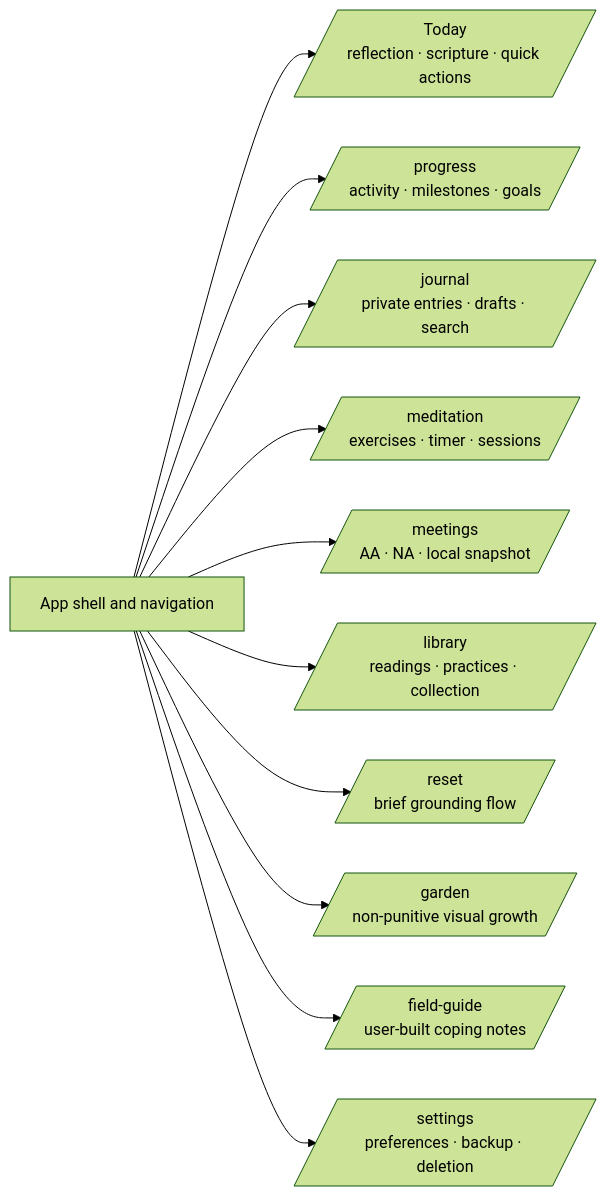
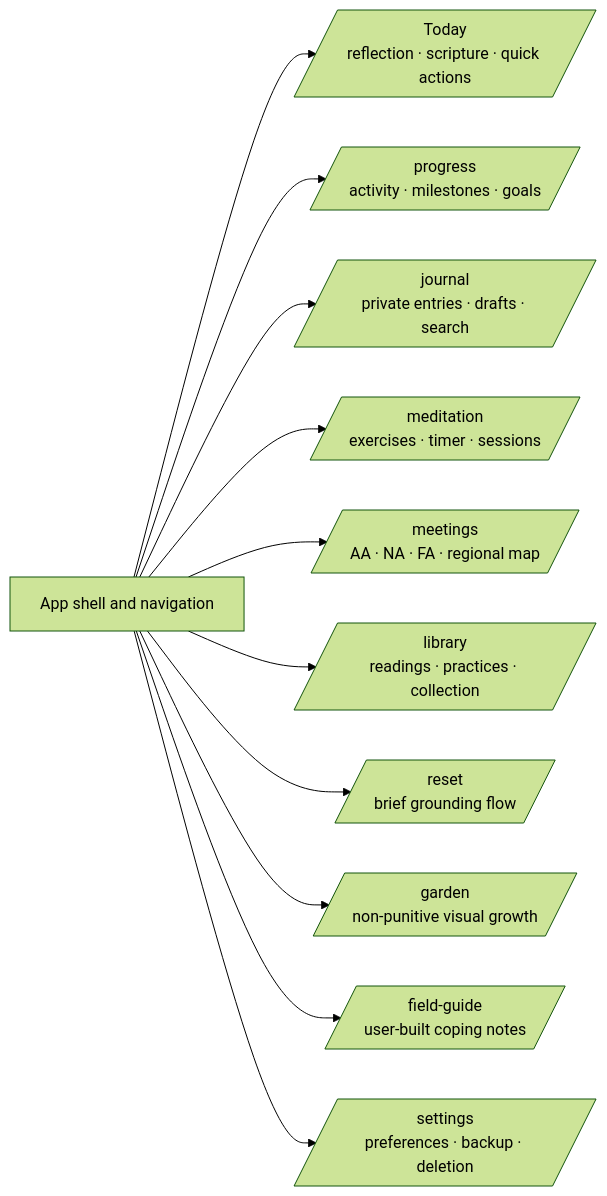
One commit to mcochranca-code/stillpoint-recovery changed the fourth of 4 diagrams in README.md. Above: the diagram before and after it, drawn with Mermaid (forest theme). The commit also changed other lines of this file and 12 other files, not shown here.

Commit message:
feat: add portable local backups and regional map

````diff
--- a/README.md
+++ b/README.md
@@ -282,13 +284,13 @@
 ```mermaid
 flowchart LR
     Shell[App shell and navigation] --> Today[/ Today\nreflection · scripture · quick actions /]
     Shell --> Progress[/progress\nactivity · milestones · goals /]
     Shell --> Journal[/journal\nprivate entries · drafts · search /]
     Shell --> Meditation[/meditation\nexercises · timer · sessions /]
-    Shell --> Meetings[/meetings\nAA · NA · local snapshot /]
+    Shell --> Meetings[/meetings\nAA · NA · FA · regional map /]
     Shell --> Library[/library\nreadings · practices · collection /]
     Shell --> Reset[/reset\nbrief grounding flow /]
     Shell --> Garden[/garden\nnon-punitive visual growth /]
     Shell --> FieldGuide[/field-guide\nuser-built coping notes /]
     Shell --> Settings[/settings\npreferences · backup · deletion /]
 ```
````
